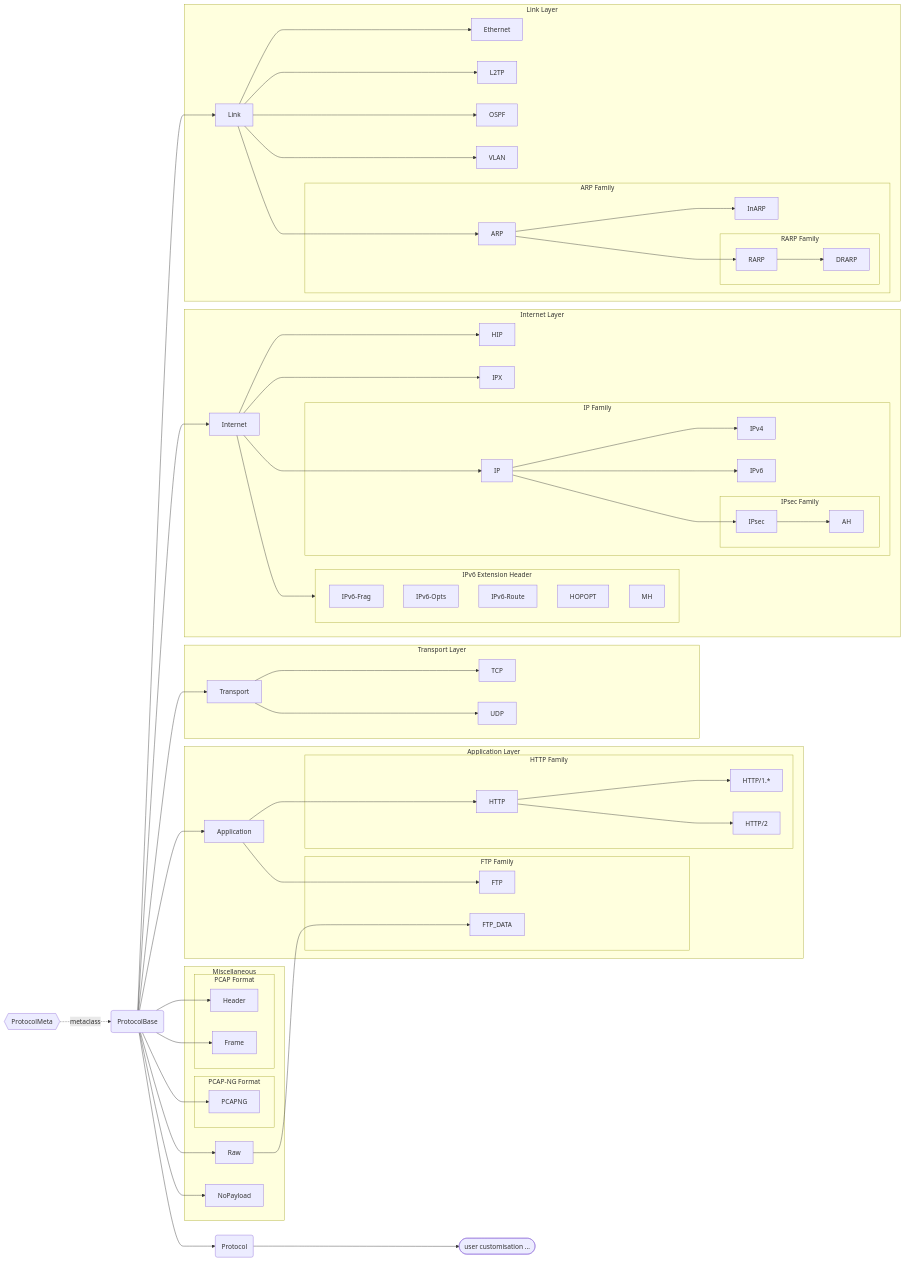
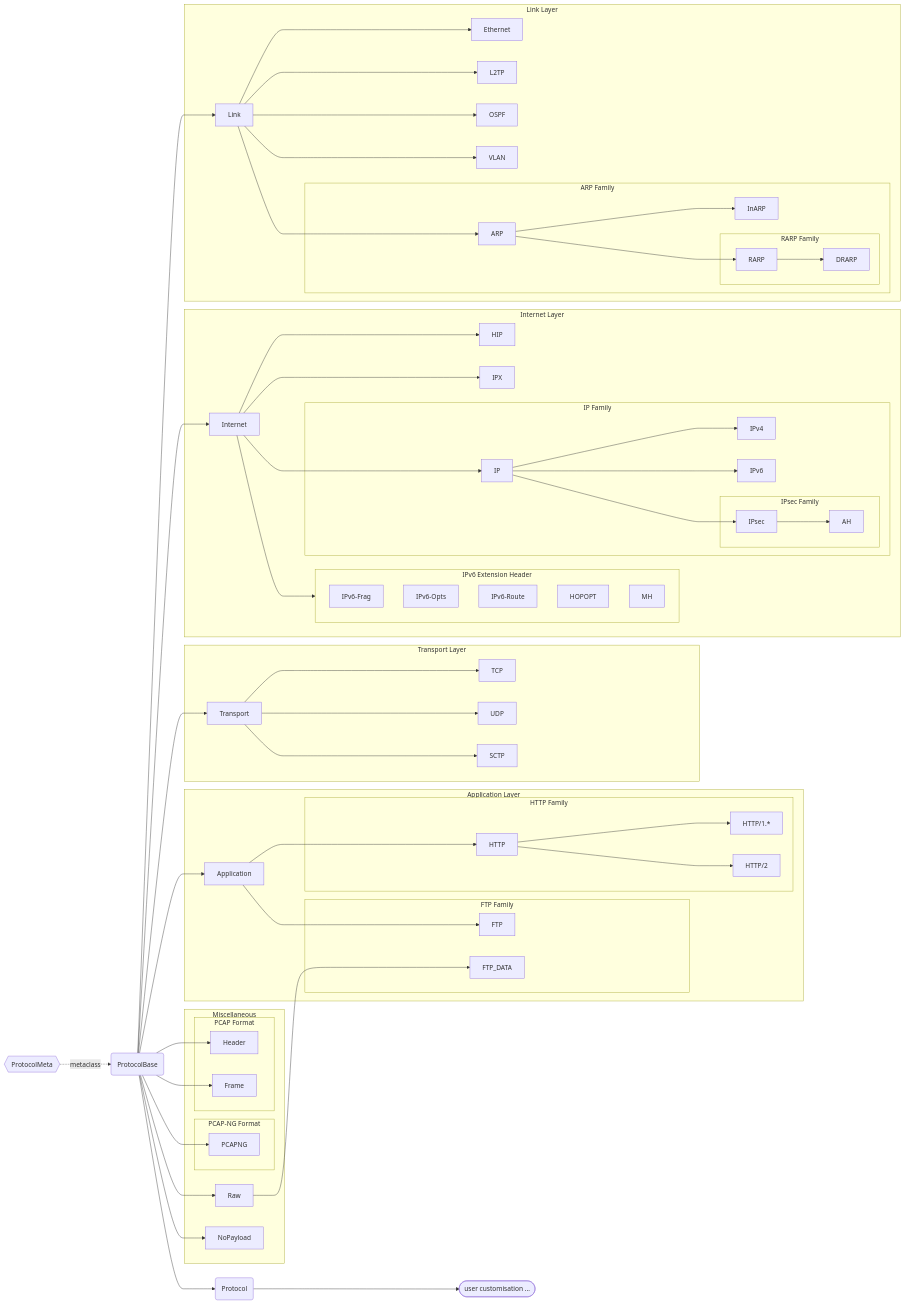
One commit to JarryShaw/PyPCAPKit changed the diagram in docs/source/pcapkit/protocols/index.rst. Above: the diagram before and after it, drawn with Mermaid. The commit also changed 32 other files, not shown here.

```diff
--- a/docs/source/pcapkit/protocols/index.rst
+++ b/docs/source/pcapkit/protocols/index.rst
@@ -57,7 +57,7 @@
        end
 
        subgraph transport [Transport Layer]
-           Transport --> TCP & UDP
+           Transport --> TCP & UDP & SCTP
        end
 
        subgraph application [Application Layer]
@@ -124,6 +124,7 @@
        click Transport "/pcapkit/protocols/transport/transport.html#pcapkit.protocols.transport.Transport"
        click TCP "/pcapkit/protocols/transport/tcp.html#pcapkit.protocols.internet.tcp.TCP"
        click UDP "/pcapkit/protocols/transport/udp.html#pcapkit.protocols.internet.udp.UDP"
+       click SCTP "/pcapkit/protocols/transport/sctp.html#pcapkit.protocols.transport.sctp.SCTP"
 
        click Application "/pcapkit/protocols/application/application.html#pcapkit.protocols.application.Application"
        click HTTP "/pcapkit/protocols/application/http.html#pcapkit.protocols.application.http.HTTP"
```
